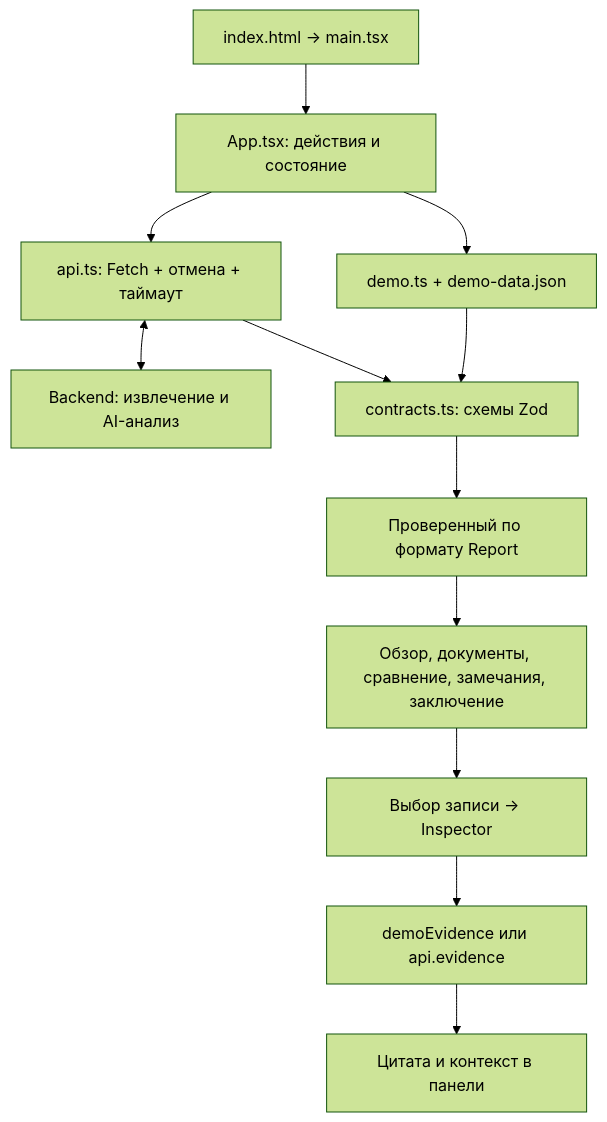
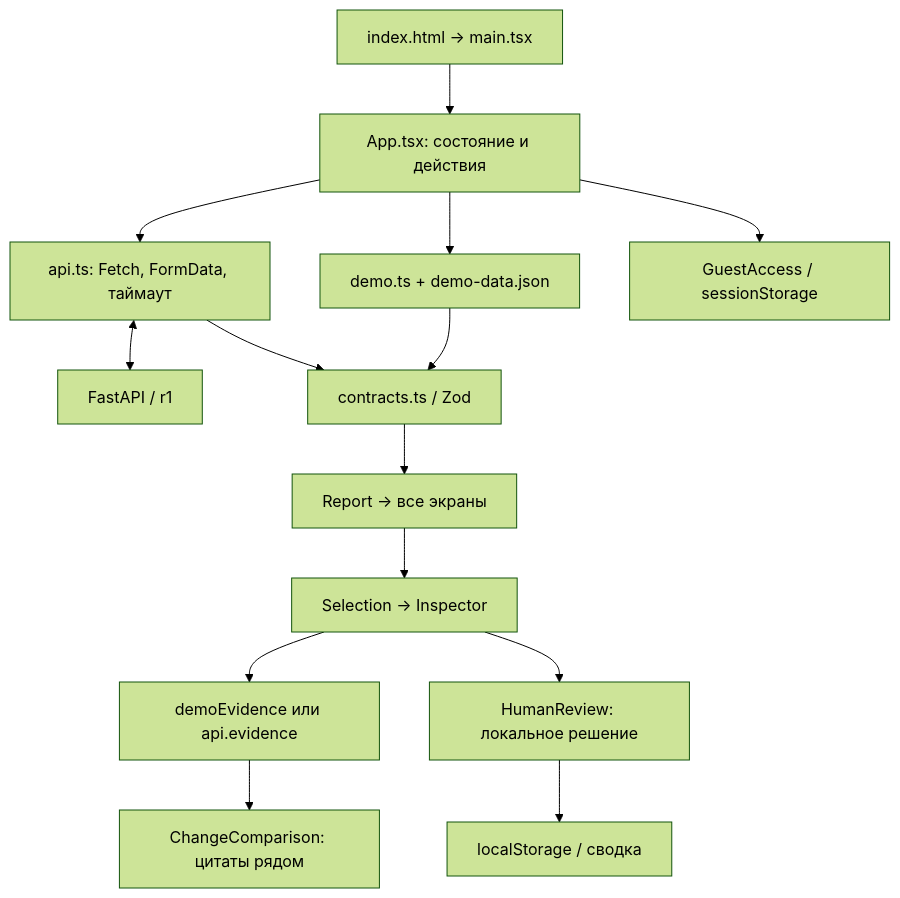
Before and after one commit to BAITC-Hacks/hack-1086dac4-amazing-guys: the diagram in frontend/README.md, drawn with Mermaid (forest theme). The commit also changed other lines of this file and 5 other files, not shown here.

Commit message:
docs: document architecture, setup, features and judging criteria

````diff
--- a/frontend/README.md
+++ b/frontend/README.md
@@ -141,14 +174,16 @@
 ```mermaid
 flowchart TD
-    Entry["index.html → main.tsx"] --> App["App.tsx: действия и состояние"]
+    Entry["index.html → main.tsx"] --> App["App.tsx: состояние и действия"]
     App --> Demo["demo.ts + demo-data.json"]
-    App --> API["api.ts: Fetch + отмена + таймаут"]
-    API <--> Server["Backend: извлечение и AI-анализ"]
-    Demo --> Schema["contracts.ts: схемы Zod"]
+    App --> API["api.ts: Fetch, FormData, таймаут"]
+    API <--> Server["FastAPI / r1"]
+    Demo --> Schema["contracts.ts / Zod"]
     API --> Schema
-    Schema --> Report["Проверенный по формату Report"]
-    Report --> Screens["Обзор, документы, сравнение, замечания, заключение"]
-    Screens --> Inspector["Выбор записи → Inspector"]
+    Schema --> Report["Report → все экраны"]
+    Report --> Inspector["Selection → Inspector"]
     Inspector --> Evidence["demoEvidence или api.evidence"]
-    Evidence --> Quote["Цитата и контекст в панели"]
+    Evidence --> Compare["ChangeComparison: цитаты рядом"]
+    Inspector --> Review["HumanReview: локальное решение"]
+    Review --> Storage["localStorage / сводка"]
+    App --> Guest["GuestAccess / sessionStorage"]
 ```
````
